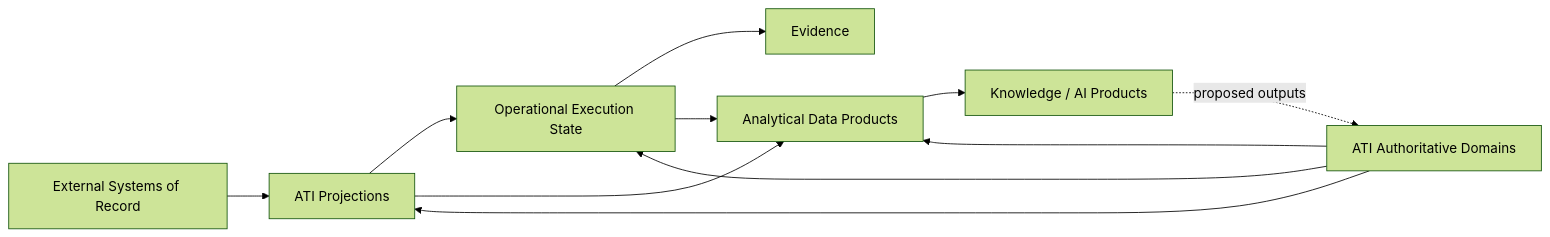
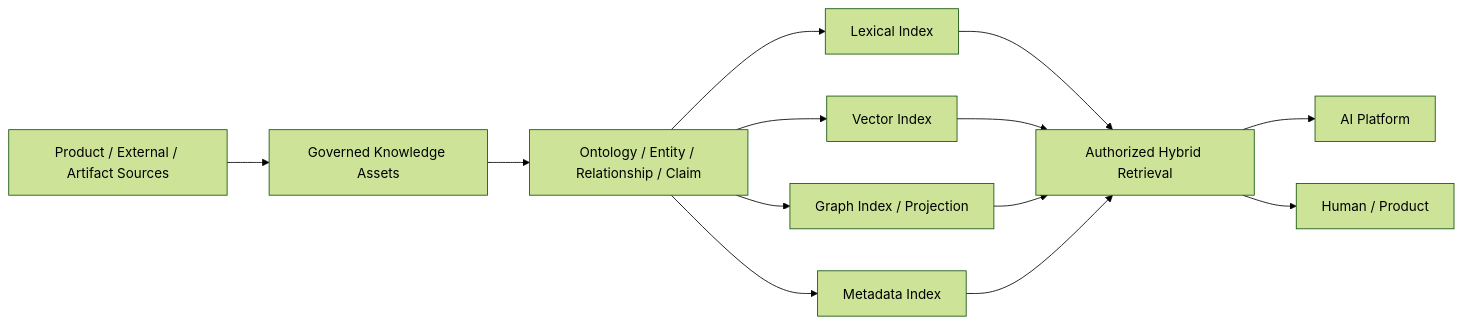
One commit to anshacerbia2/scnehaux-architecture changed the diagram in 01-enterprise/EAD-003-enterprise-data-ownership-and-topology.md. Above: the diagram before and after it, drawn with Mermaid (forest theme). The commit also changed other lines of this file and 32 other files, not shown here.

Commit message:
rebaseline enterprise platform architecture

````diff
--- a/01-enterprise/EAD-003-enterprise-data-ownership-and-topology.md
+++ b/01-enterprise/EAD-003-enterprise-data-ownership-and-topology.md
@@ -134,13 +138,26 @@
 ```mermaid
 graph LR
-    EXT[External Systems of Record] --> PROJ[ATI Projections]
-    AUTH[ATI Authoritative Domains] --> PROJ
-    AUTH --> EXEC[Operational Execution State]
-    PROJ --> EXEC
-    EXEC --> EVID[Evidence]
-    AUTH --> ANALYTICS[Analytical Data Products]
-    PROJ --> ANALYTICS
-    EXEC --> ANALYTICS
-    ANALYTICS --> KNOW[Knowledge / AI Products]
-    KNOW -. proposed outputs .-> AUTH
+    SOURCE[Product / External / Artifact Sources]
+    KA[Governed Knowledge Assets]
+    MODEL[Ontology / Entity / Relationship / Claim]
+    LEX[Lexical Index]
+    VEC[Vector Index]
+    GRAPH[Graph Index / Projection]
+    META[Metadata Index]
+    RET[Authorized Hybrid Retrieval]
+    AI[AI Platform]
+    HUMAN[Human / Product]
+
+    SOURCE --> KA
+    KA --> MODEL
+    MODEL --> LEX
+    MODEL --> VEC
+    MODEL --> GRAPH
+    MODEL --> META
+    LEX --> RET
+    VEC --> RET
+    GRAPH --> RET
+    META --> RET
+    RET --> AI
+    RET --> HUMAN
 ```
````
